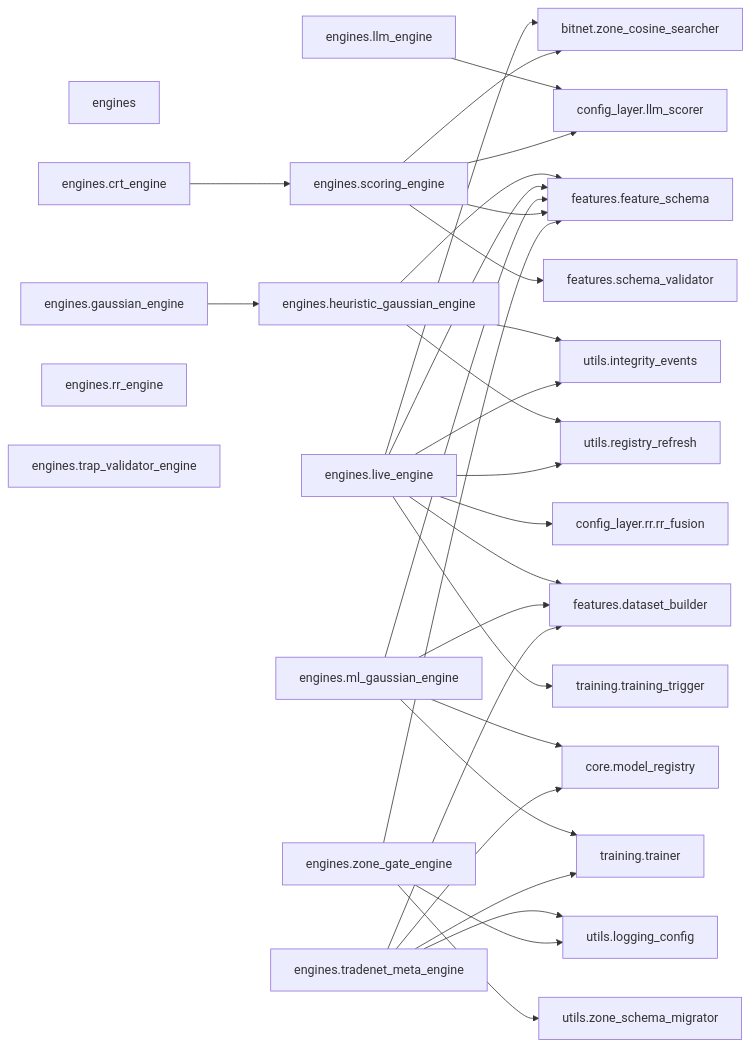
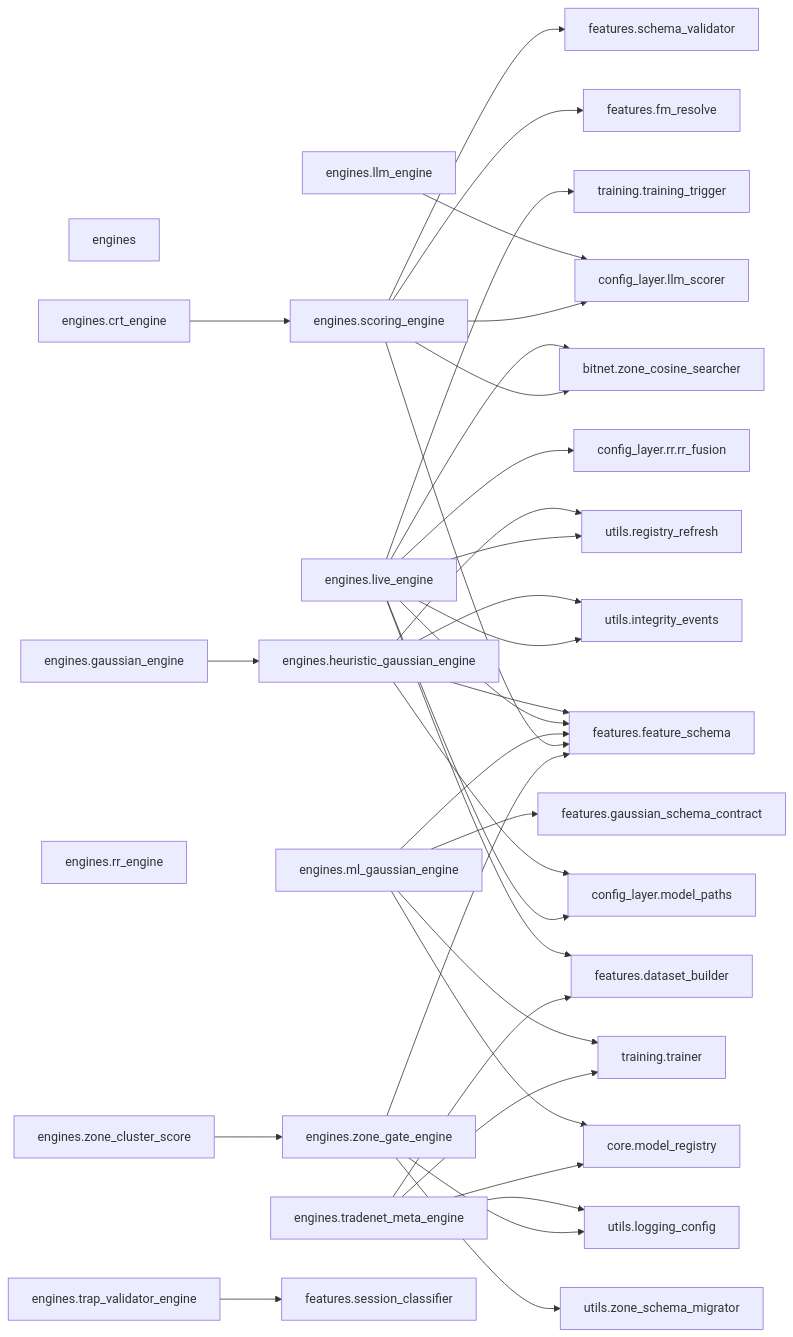
The tenth of 38 diagrams in docs/architecture/code-map.generated.md (Chaithu1995-0312/TradeHlt), drawn with Mermaid before and after one commit. The commit also changed other lines of this file and 159 other files, not shown here.

````diff
--- a/docs/architecture/code-map.generated.md
+++ b/docs/architecture/code-map.generated.md
@@ -553,56 +701,66 @@
 ```mermaid
 flowchart LR
     engines["engines"]
     engines_crt_engine["engines.crt_engine"]
     engines_gaussian_engine["engines.gaussian_engine"]
     engines_heuristic_gaussian_engine["engines.heuristic_gaussian_engine"]
     engines_live_engine["engines.live_engine"]
     engines_llm_engine["engines.llm_engine"]
     engines_ml_gaussian_engine["engines.ml_gaussian_engine"]
     engines_rr_engine["engines.rr_engine"]
     engines_scoring_engine["engines.scoring_engine"]
     engines_tradenet_meta_engine["engines.tradenet_meta_engine"]
     engines_trap_validator_engine["engines.trap_validator_engine"]
+    engines_zone_cluster_score["engines.zone_cluster_score"]
     engines_zone_gate_engine["engines.zone_gate_engine"]
     bitnet_zone_cosine_searcher["bitnet.zone_cosine_searcher"]
     config_layer_llm_scorer["config_layer.llm_scorer"]
+    config_layer_model_paths["config_layer.model_paths"]
     config_layer_rr_rr_fusion["config_layer.rr.rr_fusion"]
     core_model_registry["core.model_registry"]
     features_dataset_builder["features.dataset_builder"]
     features_feature_schema["features.feature_schema"]
+    features_fm_resolve["features.fm_resolve"]
+    features_gaussian_schema_contract["features.gaussian_schema_contract"]
     features_schema_validator["features.schema_validator"]
+    features_session_classifier["features.session_classifier"]
     training_trainer["training.trainer"]
     training_training_trigger["training.training_trigger"]
     utils_integrity_events["utils.integrity_events"]
     utils_logging_config["utils.logging_config"]
     utils_registry_refresh["utils.registry_refresh"]
     utils_zone_schema_migrator["utils.zone_schema_migrator"]
     engines_crt_engine --> engines_scoring_engine
     engines_gaussian_engine --> engines_heuristic_gaussian_engine
+    engines_heuristic_gaussian_engine --> config_layer_model_paths
     engines_heuristic_gaussian_engine --> features_feature_schema
     engines_heuristic_gaussian_engine --> utils_integrity_events
     engines_heuristic_gaussian_engine --> utils_registry_refresh
     engines_live_engine --> bitnet_zone_cosine_searcher
+    engines_live_engine --> config_layer_model_paths
     engines_live_engine --> config_layer_rr_rr_fusion
     engines_live_engine --> features_dataset_builder
     engines_live_engine --> features_feature_schema
     engines_live_engine --> training_training_trigger
     engines_live_engine --> utils_integrity_events
     engines_live_engine --> utils_registry_refresh
     engines_llm_engine --> config_layer_llm_scorer
     engines_ml_gaussian_engine --> core_model_registry
-    engines_ml_gaussian_engine --> features_dataset_builder
     engines_ml_gaussian_engine --> features_feature_schema
+    engines_ml_gaussian_engine --> features_gaussian_schema_contract
     engines_ml_gaussian_engine --> training_trainer
     engines_scoring_engine --> bitnet_zone_cosine_searcher
     engines_scoring_engine --> config_layer_llm_scorer
     engines_scoring_engine --> features_feature_schema
+    engines_scoring_engine --> features_fm_resolve
     engines_scoring_engine --> features_schema_validator
     engines_tradenet_meta_engine --> core_model_registry
     engines_tradenet_meta_engine --> features_dataset_builder
     engines_tradenet_meta_engine --> training_trainer
     engines_tradenet_meta_engine --> utils_logging_config
+    engines_trap_validator_engine --> features_session_classifier
+    engines_zone_cluster_score --> engines_zone_gate_engine
     engines_zone_gate_engine --> features_feature_schema
     engines_zone_gate_engine --> utils_logging_config
     engines_zone_gate_engine --> utils_zone_schema_migrator
 ```
````
